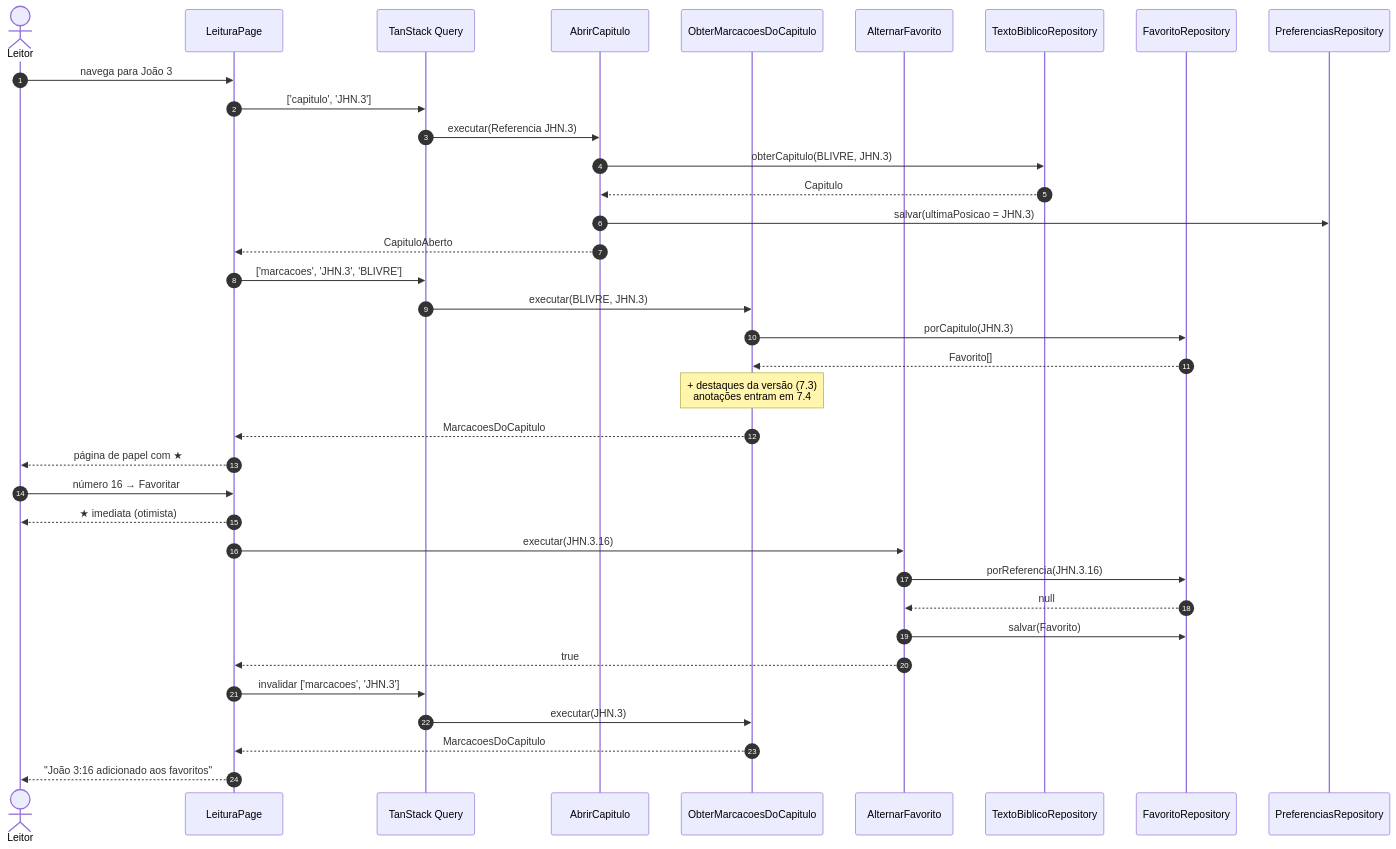
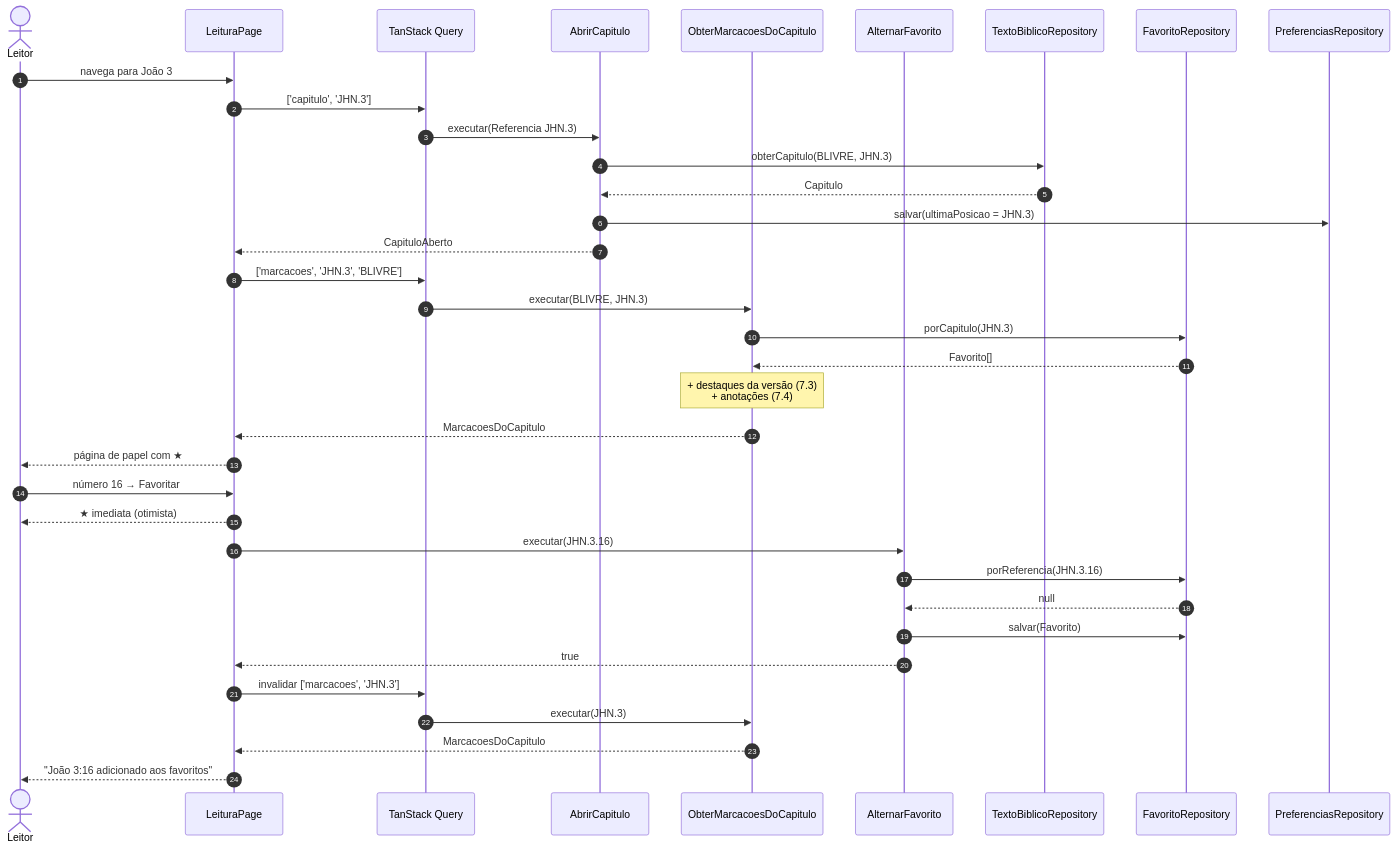
One commit to edioilha/biblia-app changed the fourth of 8 diagrams in docs/06-arquitetura.md. Above: the diagram before and after it, drawn with Mermaid. The commit also changed other lines of this file and 5 other files, not shown here.

````diff
--- a/docs/06-arquitetura.md
+++ b/docs/06-arquitetura.md
@@ -148,40 +148,40 @@
 ```mermaid
 sequenceDiagram
     autonumber
     actor L as Leitor
     participant P as LeituraPage
     participant Q as TanStack Query
     participant UC as AbrirCapitulo
     participant M as ObterMarcacoesDoCapitulo
     participant AF as AlternarFavorito
     participant T as TextoBiblicoRepository
     participant F as FavoritoRepository
     participant PR as PreferenciasRepository
 
     L->>P: navega para João 3
     P->>Q: ['capitulo', 'JHN.3']
     Q->>UC: executar(Referencia JHN.3)
     UC->>T: obterCapitulo(BLIVRE, JHN.3)
     T-->>UC: Capitulo
     UC->>PR: salvar(ultimaPosicao = JHN.3)
     UC-->>P: CapituloAberto
     P->>Q: ['marcacoes', 'JHN.3', 'BLIVRE']
     Q->>M: executar(BLIVRE, JHN.3)
     M->>F: porCapitulo(JHN.3)
     F-->>M: Favorito[]
-    Note over M: + destaques da versão (7.3)<br/>anotações entram em 7.4
+    Note over M: + destaques da versão (7.3)<br/>+ anotações (7.4)
     M-->>P: MarcacoesDoCapitulo
     P-->>L: página de papel com ★
 
     L->>P: número 16 → Favoritar
     P-->>L: ★ imediata (otimista)
     P->>AF: executar(JHN.3.16)
     AF->>F: porReferencia(JHN.3.16)
     F-->>AF: null
     AF->>F: salvar(Favorito)
     AF-->>P: true
     P->>Q: invalidar ['marcacoes', 'JHN.3']
     Q->>M: executar(JHN.3)
     M-->>P: MarcacoesDoCapitulo
     P-->>L: "João 3:16 adicionado aos favoritos"
 ```
````
